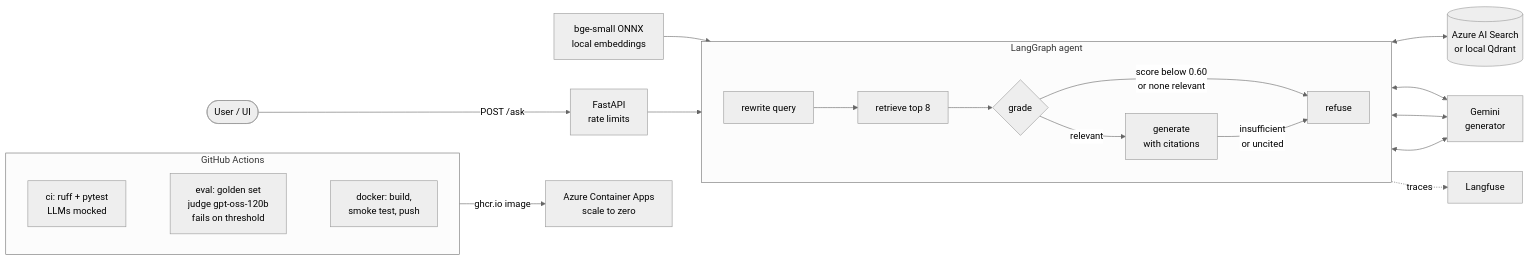
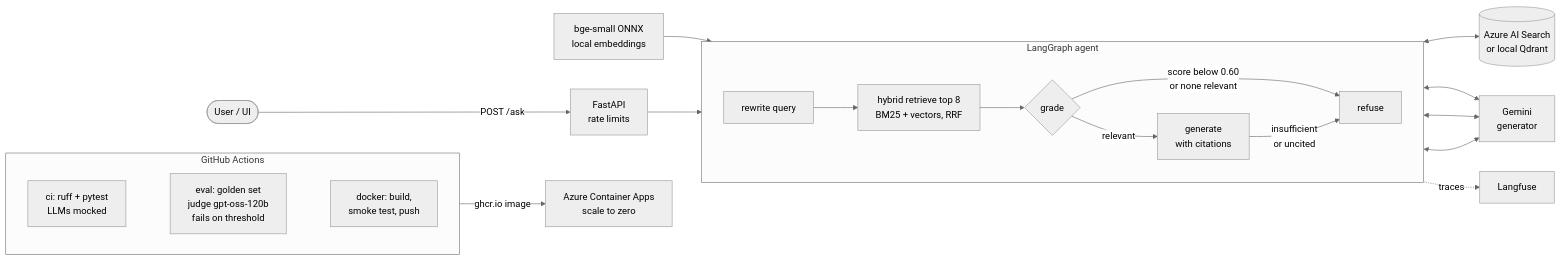
One commit to cardohso/rail-regulation-rag changed the diagram in README.md. Above: the diagram before and after it, drawn with Mermaid (neutral theme). The commit also changed other lines of this file and 3 other files, not shown here.

````diff
--- a/README.md
+++ b/README.md
@@ -58,25 +88,25 @@
 ```mermaid
 flowchart LR
     U([User / UI]) -->|POST /ask| API[FastAPI<br/>rate limits]
     API --> G
 
     subgraph G [LangGraph agent]
         direction LR
-        RW[rewrite query] --> RT[retrieve top 8]
+        RW[rewrite query] --> RT[hybrid retrieve top 8<br/>BM25 + vectors, RRF]
         RT --> GR{grade}
         GR -->|relevant| GE[generate<br/>with citations]
         GR -->|score below 0.60<br/>or none relevant| RF[refuse]
         GE -->|insufficient<br/>or uncited| RF
     end
 
     RT <--> VS[(Azure AI Search<br/>or local Qdrant)]
     EMB[bge-small ONNX<br/>local embeddings] --> RT
     RW & GR & GE <--> LLM[Gemini<br/>generator]
     G -. traces .-> LF[Langfuse]
 
     subgraph CI [GitHub Actions]
         direction LR
         T[ci: ruff + pytest<br/>LLMs mocked] ~~~ E[eval: golden set<br/>judge gpt-oss-120b<br/>fails on threshold] ~~~ D[docker: build,<br/>smoke test, push]
     end
     D -->|ghcr.io image| ACA[Azure Container Apps<br/>scale to zero]
 ```
````
